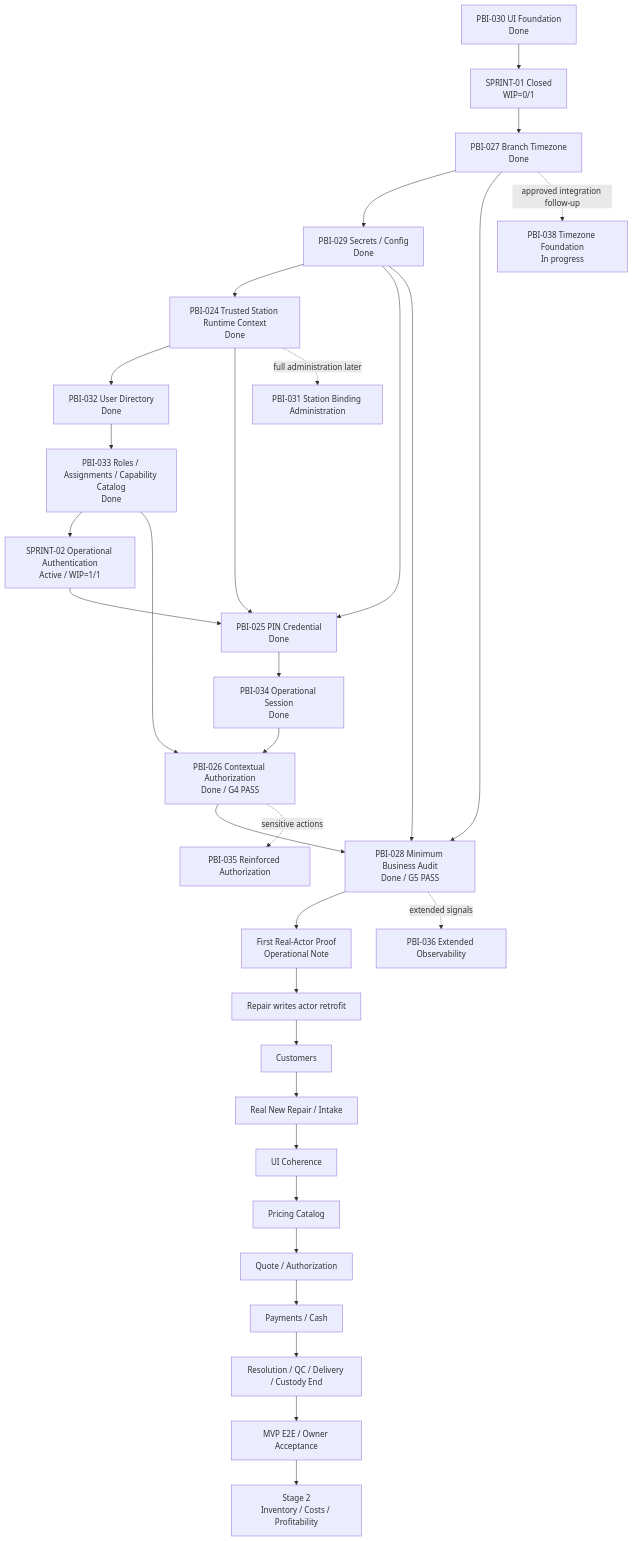
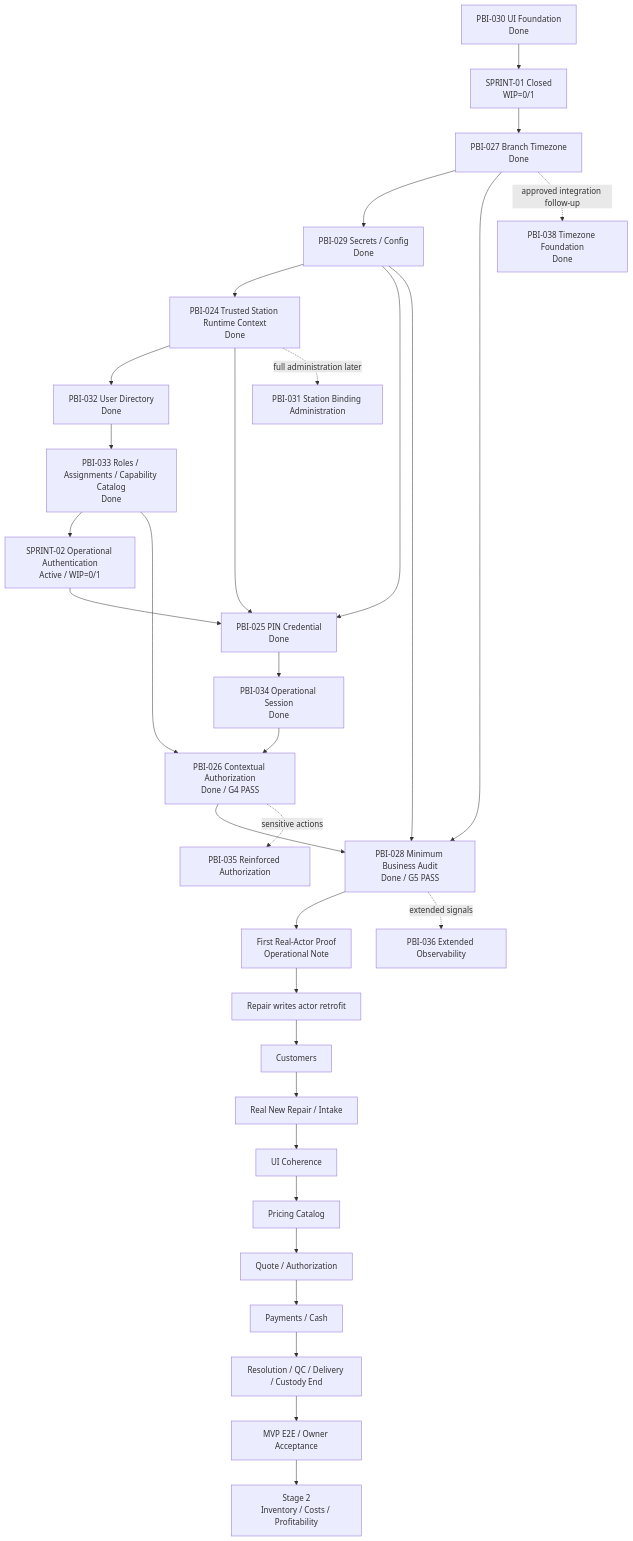
Before and after one commit to luisgtzaviles/SrTaller-2.0: the diagram in docs/backlog/DEPENDENCY_MAP.md, drawn with Mermaid. The commit also changed other lines of this file and 18 other files, not shown here.

````diff
--- a/docs/backlog/DEPENDENCY_MAP.md
+++ b/docs/backlog/DEPENDENCY_MAP.md
@@ -13,34 +13,34 @@
 ```mermaid
 flowchart TD
     P30[PBI-030 UI Foundation<br/>Done] --> S1[SPRINT-01 Closed<br/>WIP=0/1]
     S1 --> P27[PBI-027 Branch Timezone<br/>Done]
     P27 --> P29[PBI-029 Secrets / Config<br/>Done]
     P29 --> P24[PBI-024 Trusted Station Runtime Context<br/>Done]
     P24 --> P32[PBI-032 User Directory<br/>Done]
     P32 --> P33[PBI-033 Roles / Assignments / Capability Catalog<br/>Done]
-    P33 --> S2[SPRINT-02 Operational Authentication<br/>Active / WIP=1/1]
+    P33 --> S2[SPRINT-02 Operational Authentication<br/>Active / WIP=0/1]
     S2 --> P25[PBI-025 PIN Credential<br/>Done]
     P24 --> P25
     P29 --> P25
     P25 --> P34[PBI-034 Operational Session<br/>Done]
     P34 --> P26[PBI-026 Contextual Authorization<br/>Done / G4 PASS]
     P33 --> P26
     P26 --> P28[PBI-028 Minimum Business Audit<br/>Done / G5 PASS]
     P27 --> P28
     P29 --> P28
     P28 --> NOTE[First Real-Actor Proof<br/>Operational Note]
-    P27 -. approved integration follow-up .-> P38[PBI-038 Timezone Foundation<br/>In progress]
+    P27 -. approved integration follow-up .-> P38[PBI-038 Timezone Foundation<br/>Done]
     NOTE --> RETRO[Repair writes actor retrofit]
     RETRO --> CUSTOMERS[Customers]
     CUSTOMERS --> INTAKE[Real New Repair / Intake]
     INTAKE --> POLISH[UI Coherence]
     POLISH --> PRICING[Pricing Catalog]
     PRICING --> QUOTE[Quote / Authorization]
     QUOTE --> MONEY[Payments / Cash]
     MONEY --> DELIVERY[Resolution / QC / Delivery / Custody End]
     DELIVERY --> MVP[MVP E2E / Owner Acceptance]
     P24 -. full administration later .-> P31[PBI-031 Station Binding Administration]
     P26 -. sensitive actions .-> P35[PBI-035 Reinforced Authorization]
     P28 -. extended signals .-> P36[PBI-036 Extended Observability]
     MVP --> STAGE2[Stage 2<br/>Inventory / Costs / Profitability]
 ```
````
